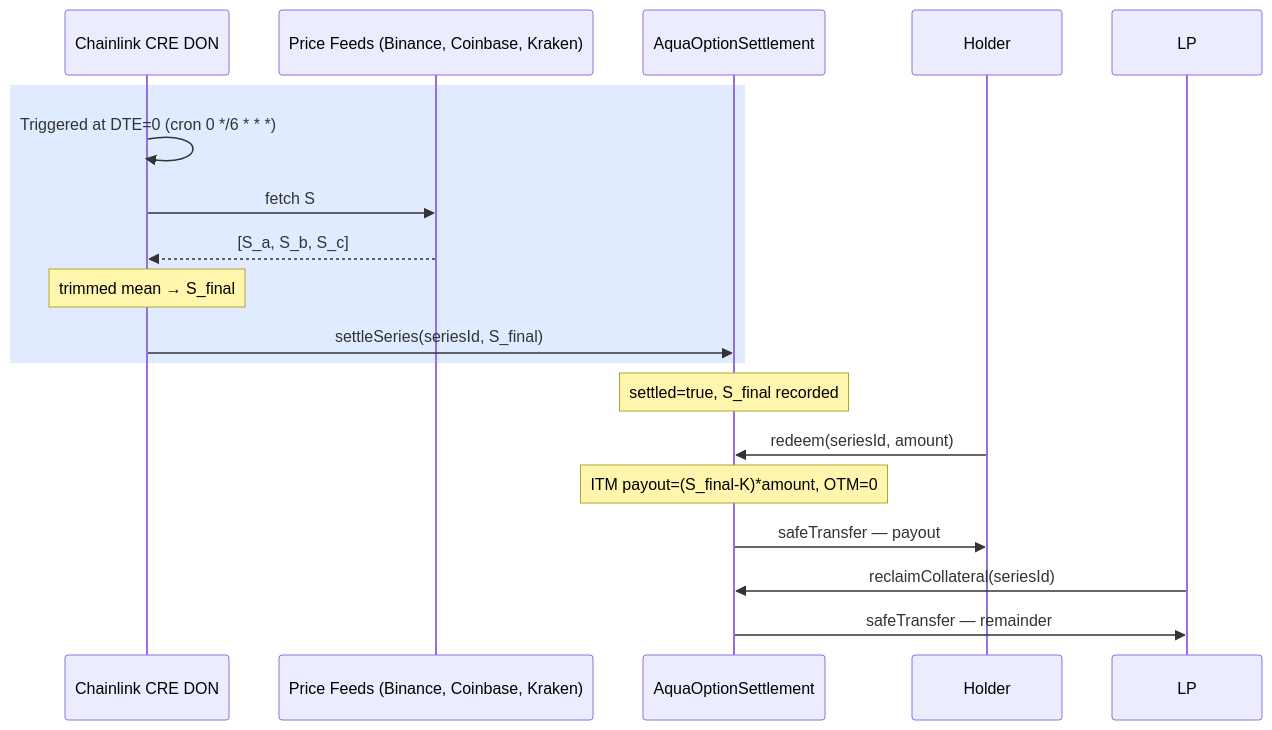
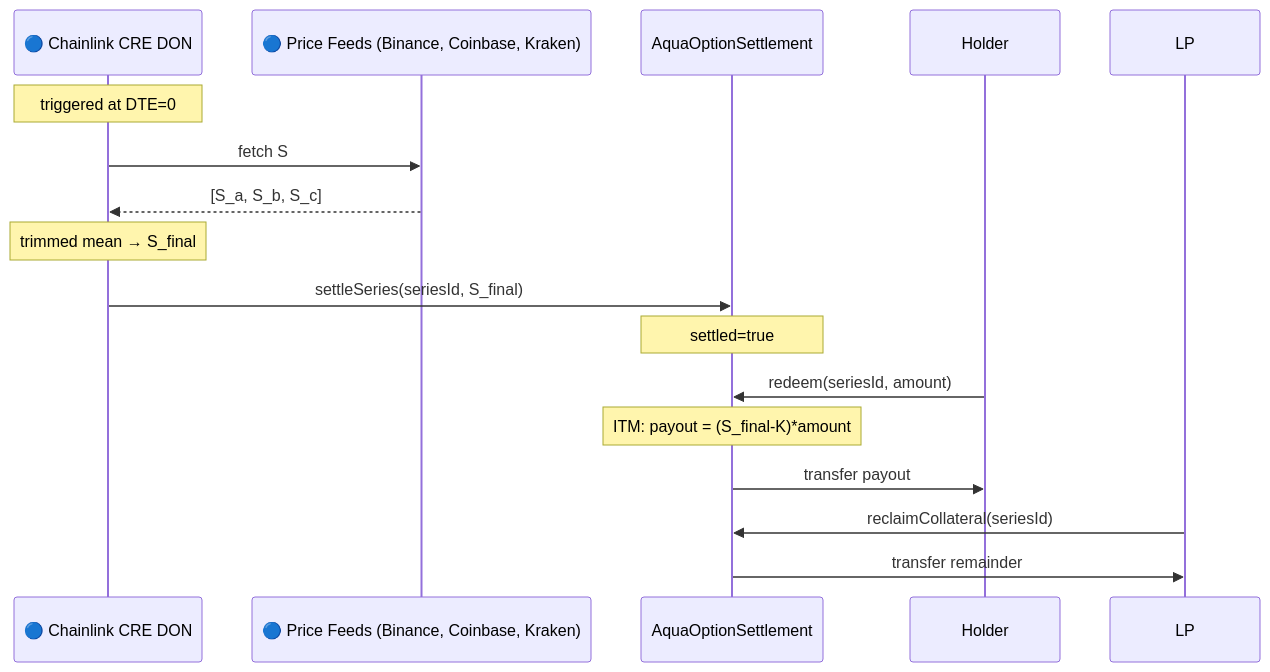
The seventh of 7 diagrams in README.md (oslinin/Smile), drawn with Mermaid before and after one commit. The commit also changed other lines of this file and 2 other files, not shown here.

First line of the commit message:
Polish README diagrams and collateralization docs

````diff
--- a/README.md
+++ b/README.md
@@ -263,22 +242,20 @@
 ```mermaid
 sequenceDiagram
-    participant CRE as Chainlink CRE DON
-    participant Feeds as Price Feeds (Binance, Coinbase, Kraken)
+    participant CRE as 🔵 Chainlink CRE DON
+    participant Feeds as 🔵 Price Feeds (Binance, Coinbase, Kraken)
     participant Settlement as AquaOptionSettlement
     participant Holder
     participant LP
 
-    rect rgb(225, 235, 255)
-    CRE->>CRE: Triggered at DTE=0 (cron 0 */6 * * *)
+    Note over CRE: triggered at DTE=0
     CRE->>Feeds: fetch S
     Feeds-->>CRE: [S_a, S_b, S_c]
     Note over CRE: trimmed mean → S_final
     CRE->>Settlement: settleSeries(seriesId, S_final)
-    end
-    Note over Settlement: settled=true, S_final recorded
+    Note over Settlement: settled=true
     Holder->>Settlement: redeem(seriesId, amount)
-    Note over Settlement: ITM payout=(S_final-K)*amount, OTM=0
-    Settlement->>Holder: safeTransfer — payout
+    Note over Settlement: ITM: payout = (S_final-K)*amount
+    Settlement->>Holder: transfer payout
     LP->>Settlement: reclaimCollateral(seriesId)
-    Settlement->>LP: safeTransfer — remainder
+    Settlement->>LP: transfer remainder
 ```
````
